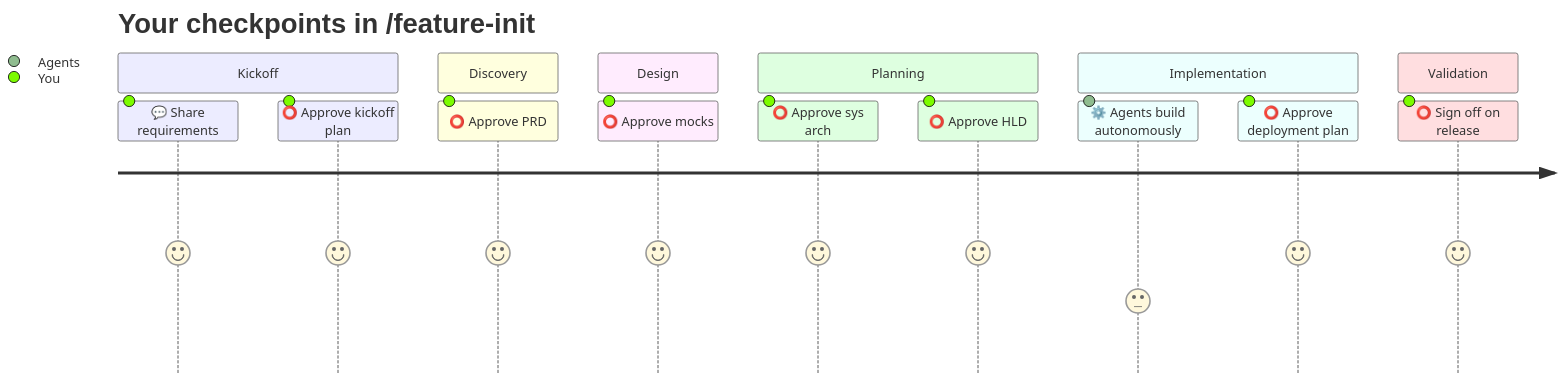
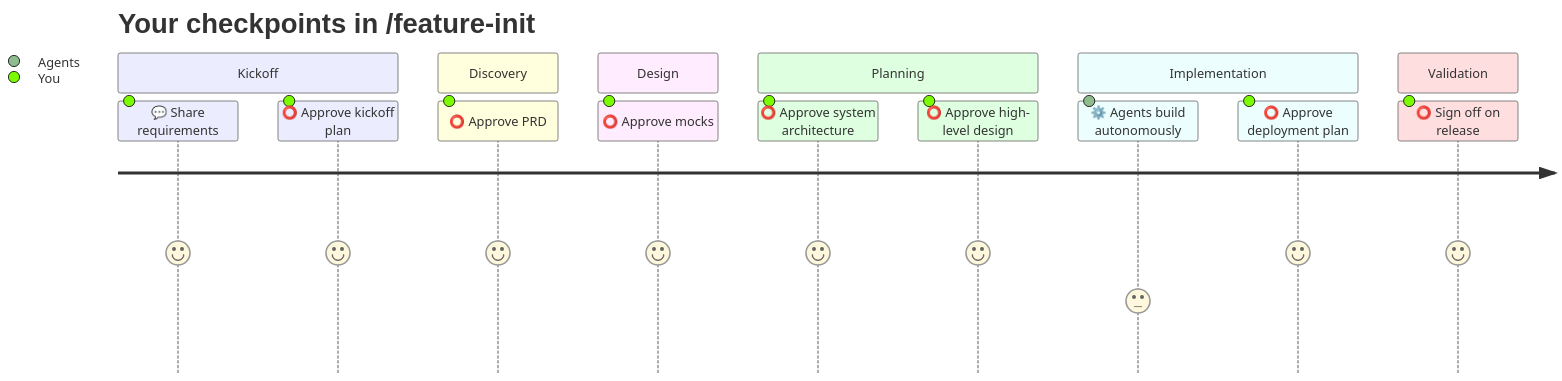
The diagram in README.md (sans-github/agentic-delivery-framework), drawn with Mermaid before and after one commit. The commit also changed other lines of this file and 1 other file, not shown here.

````diff
--- a/README.md
+++ b/README.md
@@ -53,19 +23,19 @@
 ```mermaid
 journey
     title Your checkpoints in /feature-init
     section Kickoff
       💬 Share requirements: 5: You
       ⭕ Approve kickoff plan: 5: You
     section Discovery
       ⭕ Approve PRD: 5: You
     section Design
       ⭕ Approve mocks: 5: You
     section Planning
-      ⭕ Approve sys arch: 5: You
-      ⭕ Approve HLD: 5: You
+      ⭕ Approve system architecture: 5: You
+      ⭕ Approve high-level design: 5: You
     section Implementation
       ⚙️ Agents build autonomously: 3: Agents
       ⭕ Approve deployment plan: 5: You
     section Validation
       ⭕ Sign off on release: 5: You
 ```
````
